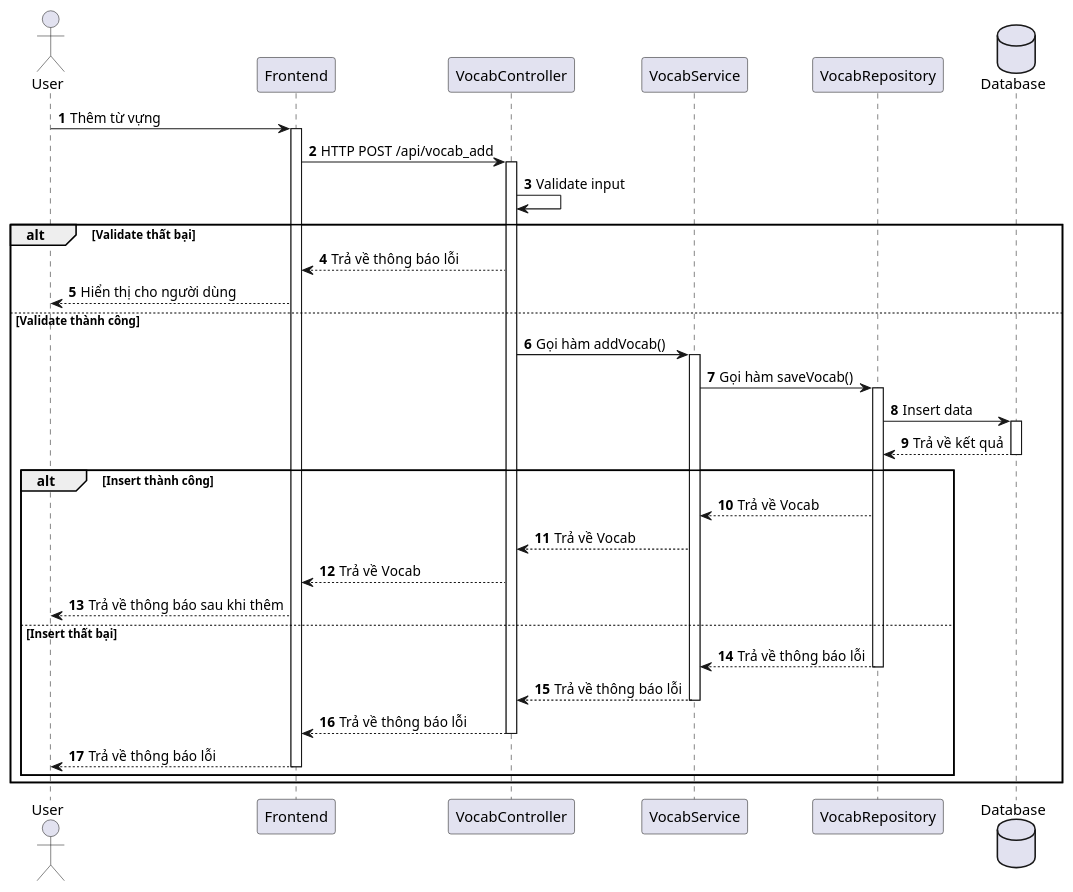
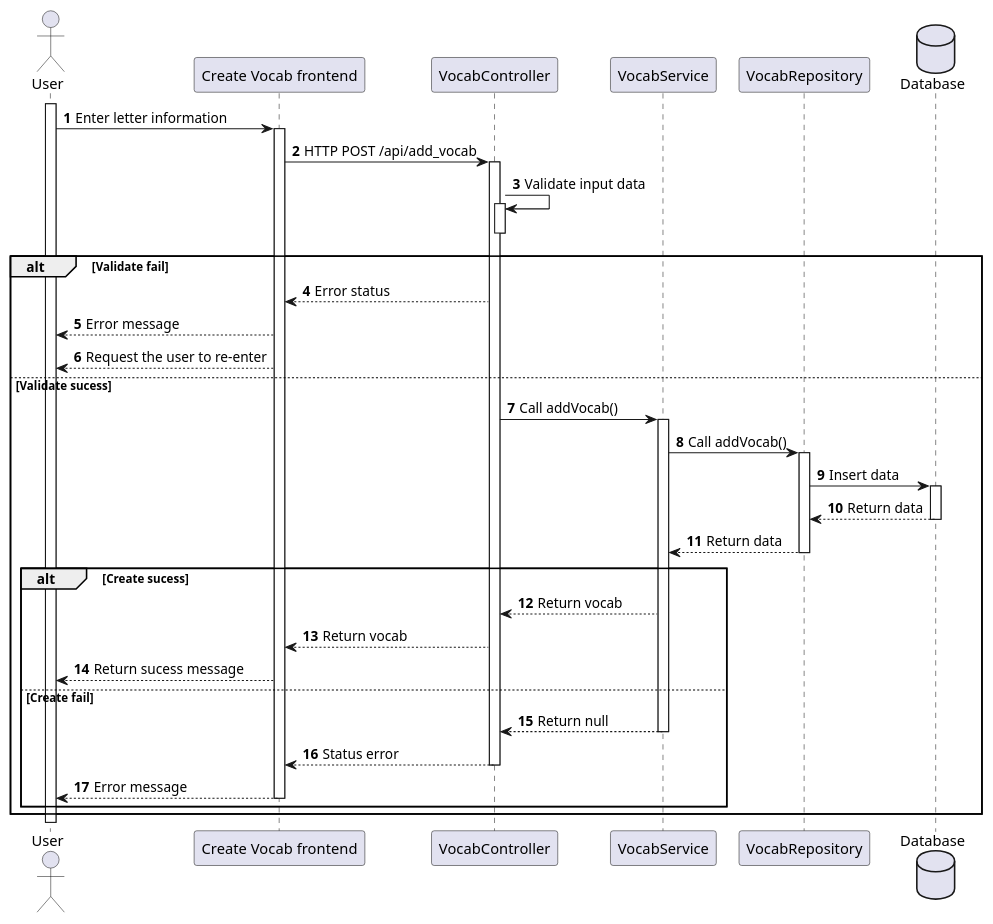
One commit to Annthe160639/japanese-app changed the diagram in japanese-app/plant_uml/vocab/Add_Vocab.puml. Above: the diagram before and after it, drawn with PlantUML. The commit also changed 7 other files, not shown here.

Commit message:
update sequence

```diff
--- a/japanese-app/plant_uml/vocab/Add_Vocab.puml
+++ b/japanese-app/plant_uml/vocab/Add_Vocab.puml
@@ -1,43 +1,52 @@
 @startuml
 'https://plantuml.com/sequence-diagram
 
 autonumber
 
 actor User
-participant "Frontend" as Frontend
+
+participant "Create Vocab frontend" as fe
 participant "VocabController" as Controller
 participant "VocabService" as Service
 participant "VocabRepository" as Repository
+
 database Database
+activate User
 
-autonumber
-User -> Frontend++: Thêm từ vựng
+User -> fe++: Enter letter information
 
-Frontend -> Controller++: HTTP POST /api/vocab_add
-Controller -> Controller: Validate input
-alt Validate thất bại
-    Controller --> Frontend: Trả về thông báo lỗi
-    Frontend --> User: Hiển thị cho người dùng
+fe -> Controller++: HTTP POST /api/add_vocab
 
-else Validate thành công
-    Controller -> Service++: Gọi hàm addVocab()
-    Service -> Repository++: Gọi hàm saveVocab()
-    Repository -> Database++: Insert data
-    Database --> Repository--: Trả về kết quả
+Controller -> Controller: Validate input data
+activate Controller
+deactivate Controller
 
-    alt Insert thành công
-        Repository --> Service: Trả về Vocab
-        Service --> Controller: Trả về Vocab
-        Controller --> Frontend: Trả về Vocab
-        Frontend --> User: Trả về thông báo sau khi thêm
+alt Validate fail
+Controller-->fe: Error status
+fe-->User: Error message
+fe-->User: Request the user to re-enter
+else Validate sucess
+Controller -> Service++: Call addVocab()
+Service -> Repository++: Call addVocab()
+Repository -> Database++: Insert data
+Database --> Repository--: Return data
+Repository --> Service--: Return data
 
-    else Insert thất bại
-        Repository --> Service: Trả về thông báo lỗi
-        deactivate Repository
-        Service --> Controller--: Trả về thông báo lỗi
-        Controller --> Frontend--: Trả về thông báo lỗi
-        Frontend --> User--: Trả về thông báo lỗi
-    end
+    alt Create sucess
+
+Service --> Controller: Return vocab
+Controller --> fe: Return vocab
+fe --> User: Return sucess message
+
+    else Create fail
+
+Service --> Controller--: Return null
+Controller --> fe--: Status error
+fe --> User--: Error message
+
 end
 
+end
+
+
 @enduml
```
